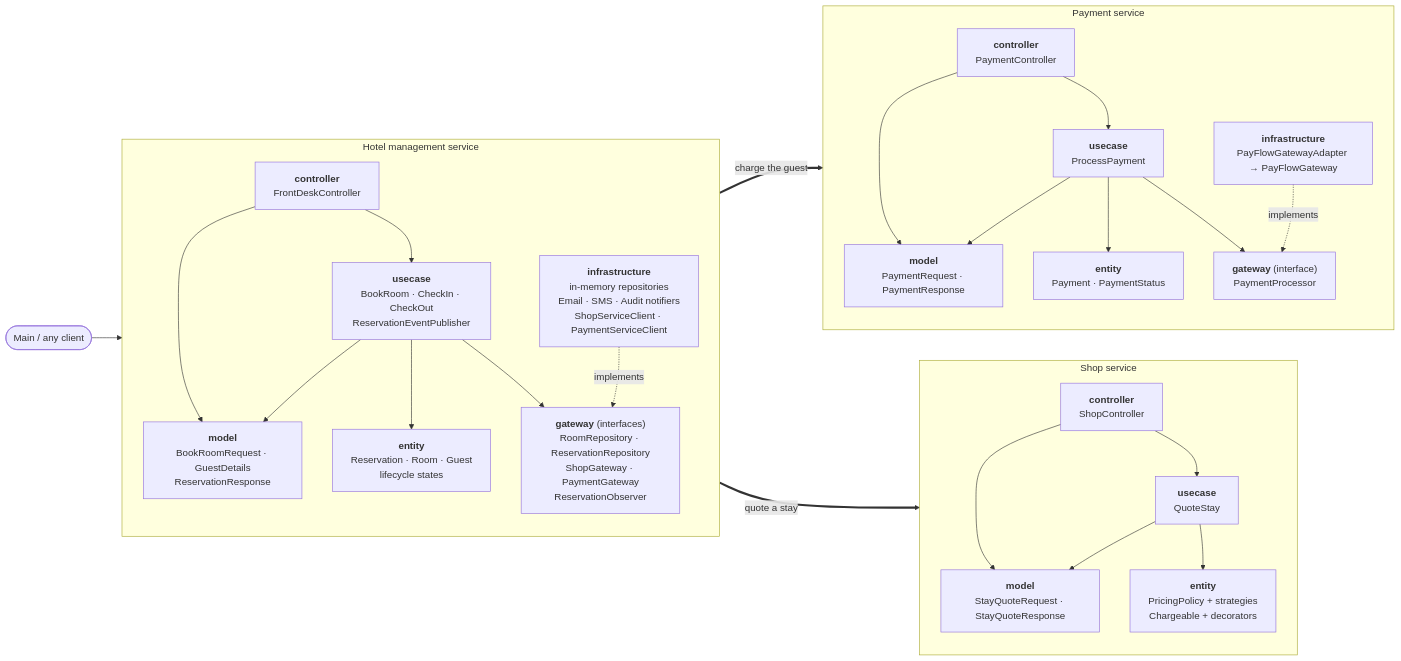
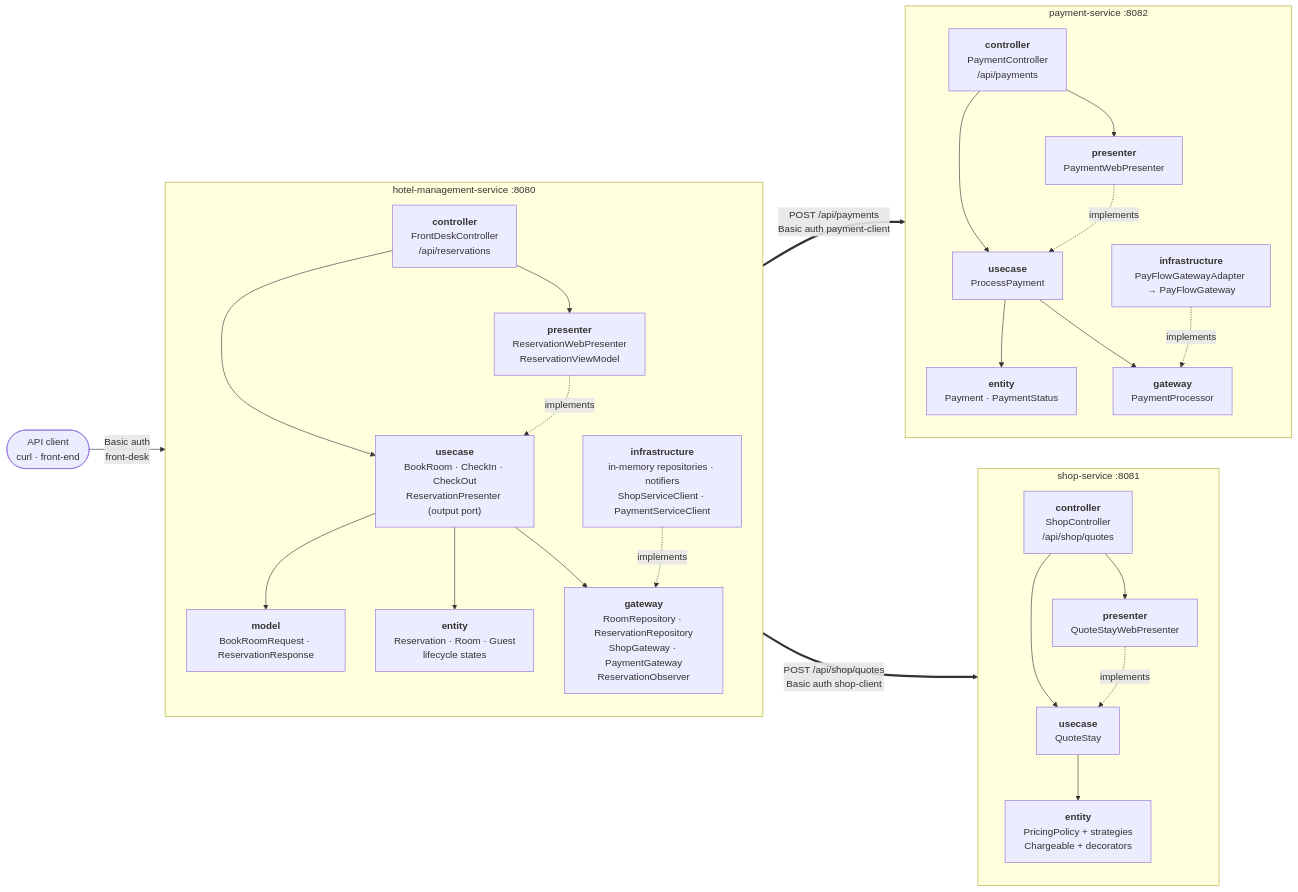
Before and after one commit to upb-fils-inter-proj/asd-hotel-reservation-nonaislop: the second of 4 diagrams in docs/architecture.md, drawn with Mermaid. The commit also changed other lines of this file and 129 other files, not shown here.

````diff
--- a/docs/architecture.md
+++ b/docs/architecture.md
@@ -83,52 +88,54 @@
 ```mermaid
 flowchart LR
-    client(["Main / any client"])
+    client(["API client<br/>curl · front-end"])
 
-    subgraph HM["Hotel management service"]
+    subgraph HM["hotel-management-service :8080"]
         direction TB
-        hmC["<b>controller</b><br/>FrontDeskController"]
-        hmM["<b>model</b><br/>BookRoomRequest · GuestDetails<br/>ReservationResponse"]
-        hmU["<b>usecase</b><br/>BookRoom · CheckIn · CheckOut<br/>ReservationEventPublisher"]
+        hmC["<b>controller</b><br/>FrontDeskController<br/>/api/reservations"]
+        hmP["<b>presenter</b><br/>ReservationWebPresenter<br/>ReservationViewModel"]
+        hmU["<b>usecase</b><br/>BookRoom · CheckIn · CheckOut<br/>ReservationPresenter (output port)"]
+        hmM["<b>model</b><br/>BookRoomRequest · ReservationResponse"]
         hmE["<b>entity</b><br/>Reservation · Room · Guest<br/>lifecycle states"]
-        hmG["<b>gateway</b> (interfaces)<br/>RoomRepository · ReservationRepository<br/>ShopGateway · PaymentGateway<br/>ReservationObserver"]
-        hmI["<b>infrastructure</b><br/>in-memory repositories<br/>Email · SMS · Audit notifiers<br/>ShopServiceClient · PaymentServiceClient"]
+        hmG["<b>gateway</b><br/>RoomRepository · ReservationRepository<br/>ShopGateway · PaymentGateway<br/>ReservationObserver"]
+        hmI["<b>infrastructure</b><br/>in-memory repositories · notifiers<br/>ShopServiceClient · PaymentServiceClient"]
         hmC --> hmU
-        hmC --> hmM
+        hmC --> hmP
+        hmP -. implements .-> hmU
         hmU --> hmM
         hmU --> hmE
         hmU --> hmG
         hmI -. implements .-> hmG
     end
 
-    subgraph SH["Shop service"]
+    subgraph SH["shop-service :8081"]
         direction TB
-        shC["<b>controller</b><br/>ShopController"]
-        shM["<b>model</b><br/>StayQuoteRequest · StayQuoteResponse"]
+        shC["<b>controller</b><br/>ShopController<br/>/api/shop/quotes"]
+        shP["<b>presenter</b><br/>QuoteStayWebPresenter"]
         shU["<b>usecase</b><br/>QuoteStay"]
         shE["<b>entity</b><br/>PricingPolicy + strategies<br/>Chargeable + decorators"]
         shC --> shU
-        shC --> shM
-        shU --> shM
+        shC --> shP
+        shP -. implements .-> shU
         shU --> shE
     end
 
-    subgraph PA["Payment service"]
+    subgraph PA["payment-service :8082"]
         direction TB
-        paC["<b>controller</b><br/>PaymentController"]
-        paM["<b>model</b><br/>PaymentRequest · PaymentResponse"]
+        paC["<b>controller</b><br/>PaymentController<br/>/api/payments"]
+        paP["<b>presenter</b><br/>PaymentWebPresenter"]
         paU["<b>usecase</b><br/>ProcessPayment"]
         paE["<b>entity</b><br/>Payment · PaymentStatus"]
-        paG["<b>gateway</b> (interface)<br/>PaymentProcessor"]
+        paG["<b>gateway</b><br/>PaymentProcessor"]
         paI["<b>infrastructure</b><br/>PayFlowGatewayAdapter → PayFlowGateway"]
         paC --> paU
-        paC --> paM
-        paU --> paM
+        paC --> paP
+        paP -. implements .-> paU
         paU --> paE
         paU --> paG
         paI -. implements .-> paG
     end
 
-    client --> hmC
-    hmI == "quote a stay" ==> shC
-    hmI == "charge the guest" ==> paC
+    client -- "Basic auth<br/>front-desk" --> hmC
+    hmI == "POST /api/shop/quotes<br/>Basic auth shop-client" ==> shC
+    hmI == "POST /api/payments<br/>Basic auth payment-client" ==> paC
 ```
````
